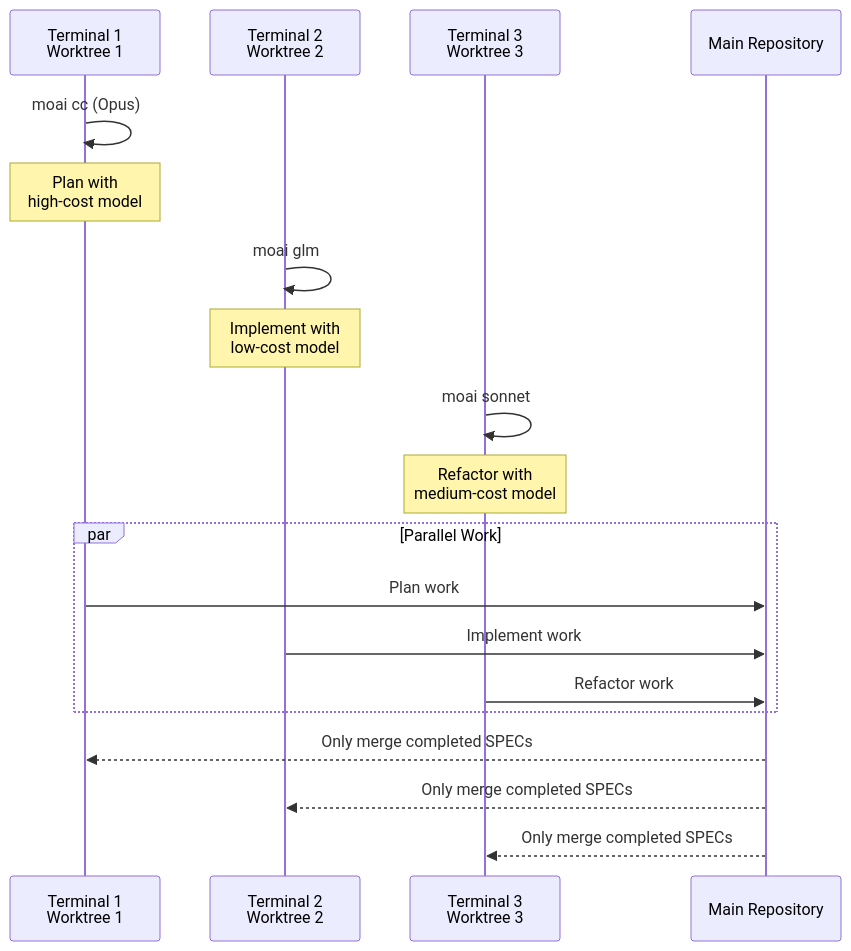
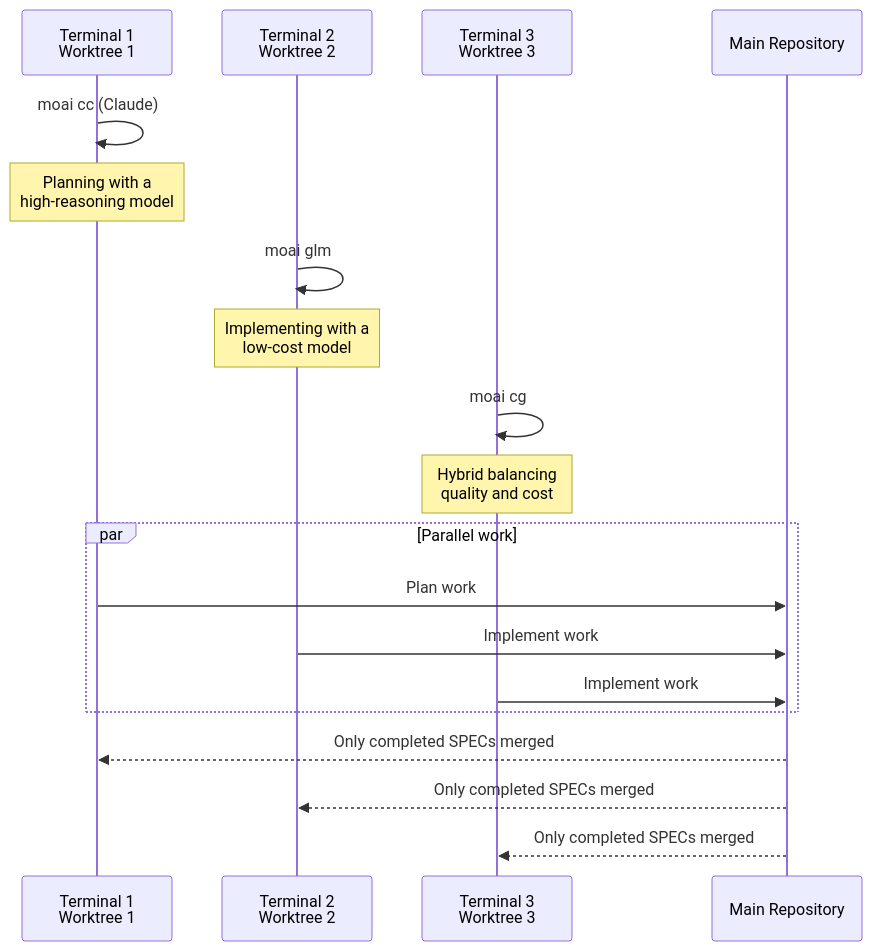
One commit to modu-ai/moai-adk changed the fourth of 6 diagrams in docs-site/content/en/worktree/_index.md. Above: the diagram before and after it, drawn with Mermaid. The commit also changed other lines of this file and 395 other files, not shown here.

````diff
--- a/docs-site/content/en/worktree/_index.md
+++ b/docs-site/content/en/worktree/_index.md
@@ -169,26 +183,26 @@
 ```mermaid
 sequenceDiagram
     participant T1 as Terminal 1<br/>Worktree 1
     participant T2 as Terminal 2<br/>Worktree 2
     participant T3 as Terminal 3<br/>Worktree 3
     participant Main as Main Repository
 
-    T1->>T1: moai cc (Opus)
-    Note over T1: Plan with<br/>high-cost model
+    T1->>T1: moai cc (Claude)
+    Note over T1: Planning with a<br/>high-reasoning model
 
     T2->>T2: moai glm
-    Note over T2: Implement with<br/>low-cost model
+    Note over T2: Implementing with a<br/>low-cost model
 
-    T3->>T3: moai sonnet
-    Note over T3: Refactor with<br/>medium-cost model
+    T3->>T3: moai cg
+    Note over T3: Hybrid balancing<br/>quality and cost
 
-    par Parallel Work
+    par Parallel work
         T1->>Main: Plan work
         T2->>Main: Implement work
-        T3->>Main: Refactor work
+        T3->>Main: Implement work
     end
 
-    Main-->>T1: Only merge completed SPECs
-    Main-->>T2: Only merge completed SPECs
-    Main-->>T3: Only merge completed SPECs
+    Main-->>T1: Only completed SPECs merged
+    Main-->>T2: Only completed SPECs merged
+    Main-->>T3: Only completed SPECs merged
 ```
````
